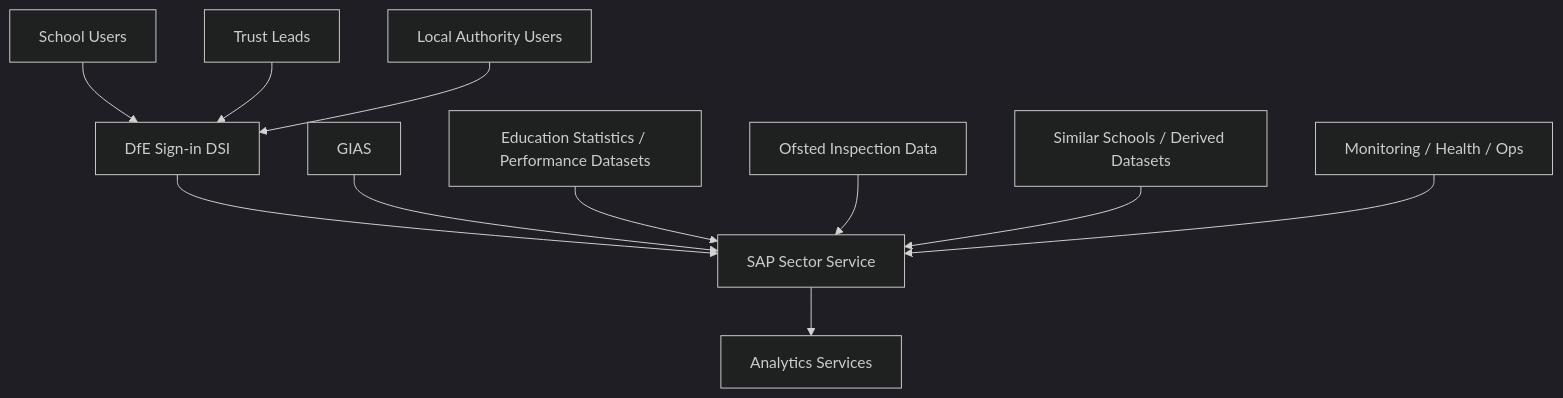
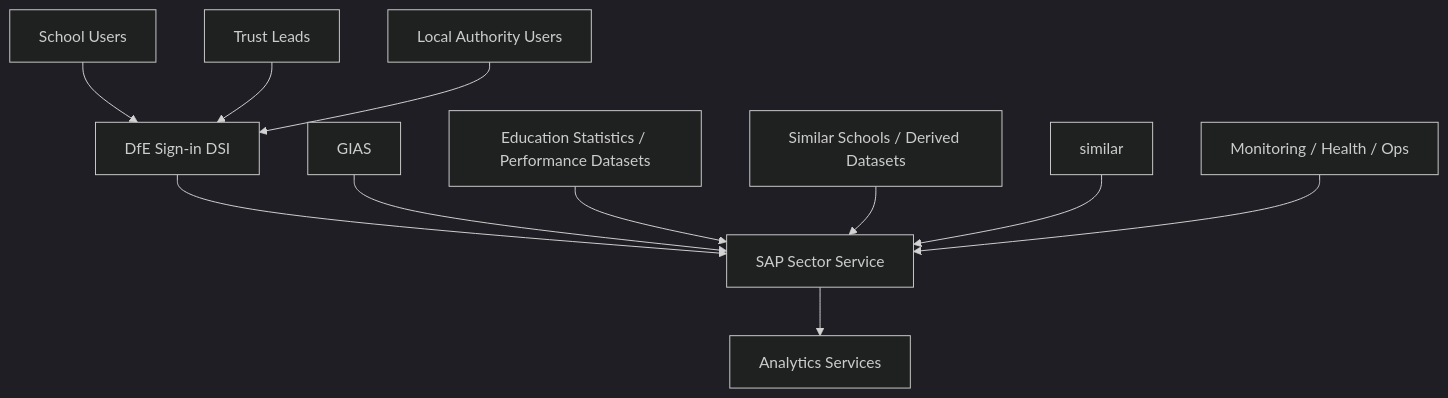
Before and after one commit to DFE-Digital/sap-sector: the first of 3 diagrams in docs/architecture/high-level-design.md, drawn with Mermaid (dark theme). The commit also changed other lines of this file and 1 other file, not shown here.

Commit message:
update hld, erd

````diff
--- a/docs/architecture/high-level-design.md
+++ b/docs/architecture/high-level-design.md
@@ -317,30 +315,29 @@
 ```mermaid
 flowchart TB
     school[School Users]
     trust[Trust Leads]
     la[Local Authority Users]
 
     dsi[DfE Sign-in DSI]
     sap[SAP Sector Service]
 
     gias[GIAS]
     ees[Education Statistics / Performance Datasets]
-    ofsted[Ofsted Inspection Data]
-    similar[Similar Schools / Derived Datasets]
+    ofsted[Similar Schools / Derived Datasets]
 
     monitor[Monitoring / Health / Ops]
     analytics[Analytics Services]
 
     school --> dsi
     trust --> dsi
     la --> dsi
     dsi --> sap
 
     gias --> sap
     ees --> sap
     ofsted --> sap
     similar --> sap
 
     sap --> analytics
     monitor --> sap
 ```
````
